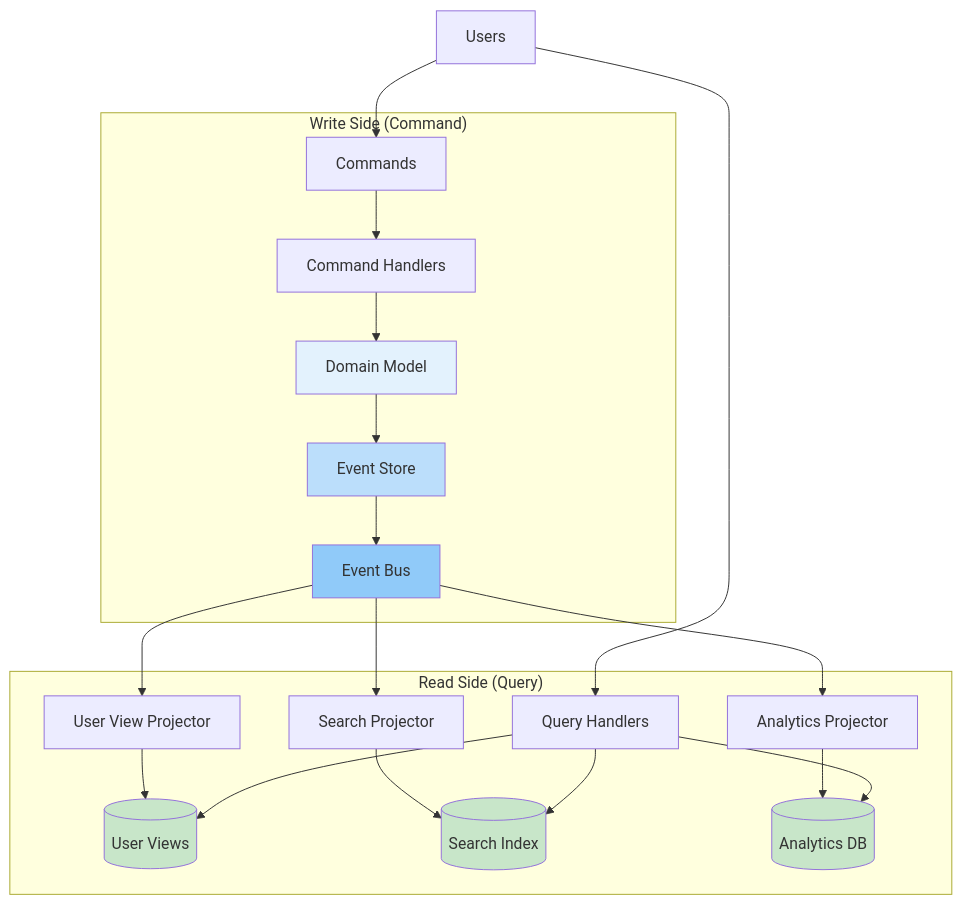
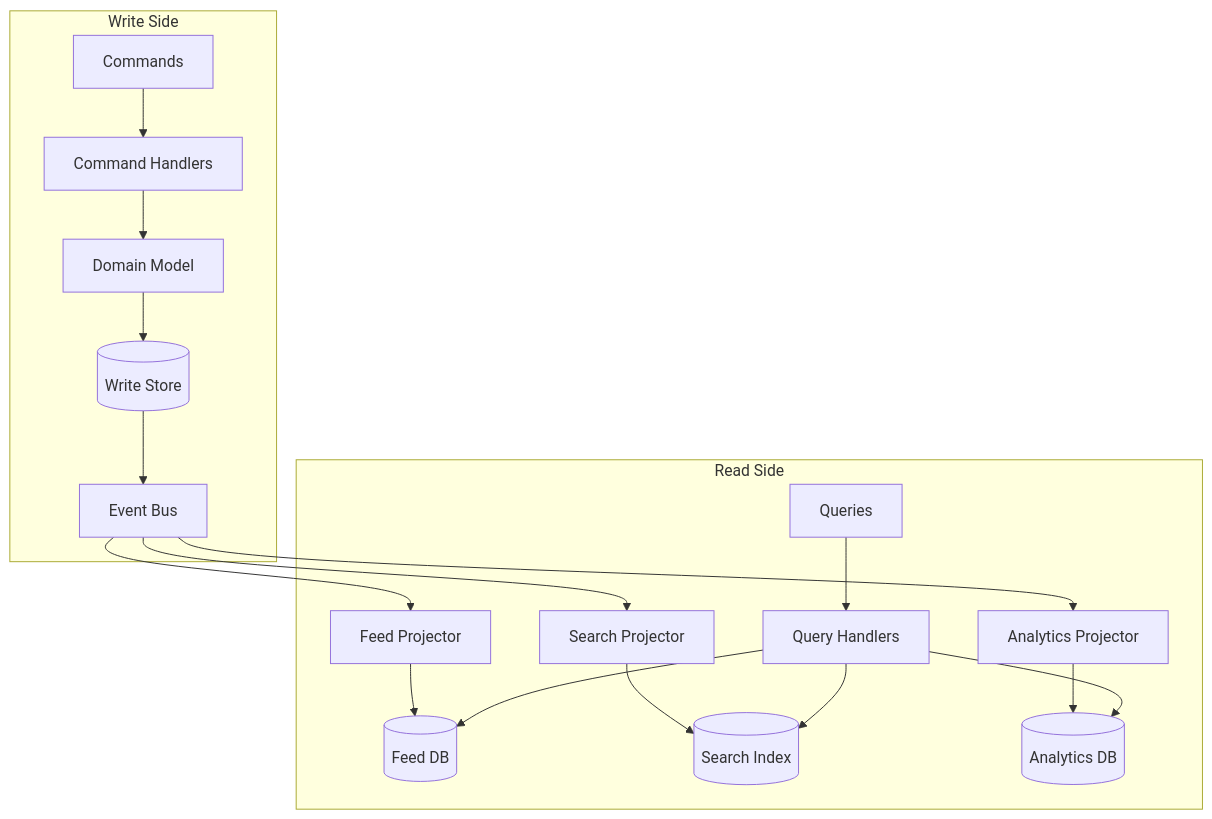
Before and after one commit to deepaucksharma/DStudio: the second of 5 diagrams in docs/pattern-library/data-management/cqrs.md, drawn with Mermaid. The commit also changed other lines of this file and 64 other files, not shown here.

````diff
--- a/docs/pattern-library/data-management/cqrs.md
+++ b/docs/pattern-library/data-management/cqrs.md
@@ -73,33 +98,24 @@
 ```mermaid
 graph TB
- subgraph "Write Side (Command)"
- CMD[Commands] --> CH[Command Handlers]
- CH --> DM[Domain Model]
- DM --> ES[Event Store]
- ES --> EB[Event Bus]
- end
- 
- subgraph "Read Side (Query)"
- EB --> P1[User View Projector]
- EB --> P2[Search Projector]
- EB --> P3[Analytics Projector]
- 
- P1 --> RM1[(User Views)]
- P2 --> RM2[(Search Index)]
- P3 --> RM3[(Analytics DB)]
- 
- QH[Query Handlers] --> RM1
- QH --> RM2
- QH --> RM3
- end
- 
- U[Users] --> CMD
- U --> QH
- 
- style DM fill:#e3f2fd
- style ES fill:#bbdefb
- style EB fill:#90caf9
- style RM1 fill:#c8e6c9
- style RM2 fill:#c8e6c9
- style RM3 fill:#c8e6c9
+    subgraph "Write Side"
+        CMD[Commands] --> CH[Command Handlers]
+        CH --> DM[Domain Model]
+        DM --> WS[(Write Store)]
+        WS --> EB[Event Bus]
+    end
+    
+    subgraph "Read Side"
+        EB --> P1[Feed Projector]
+        EB --> P2[Search Projector]
+        EB --> P3[Analytics Projector]
+        
+        P1 --> RS1[(Feed DB)]
+        P2 --> RS2[(Search Index)]
+        P3 --> RS3[(Analytics DB)]
+        
+        Q[Queries] --> QH[Query Handlers]
+        QH --> RS1
+        QH --> RS2
+        QH --> RS3
+    end
 ```
````
